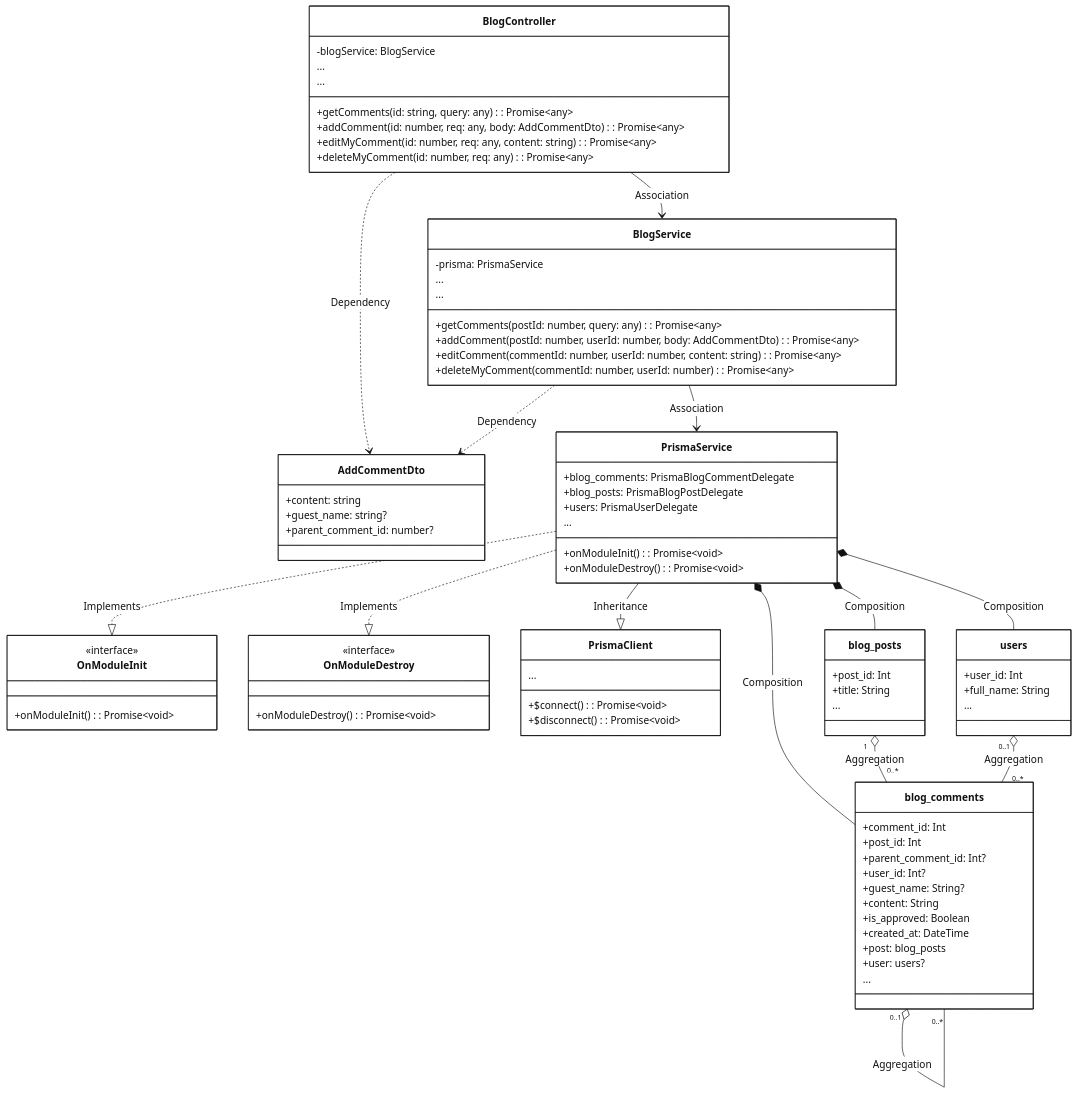
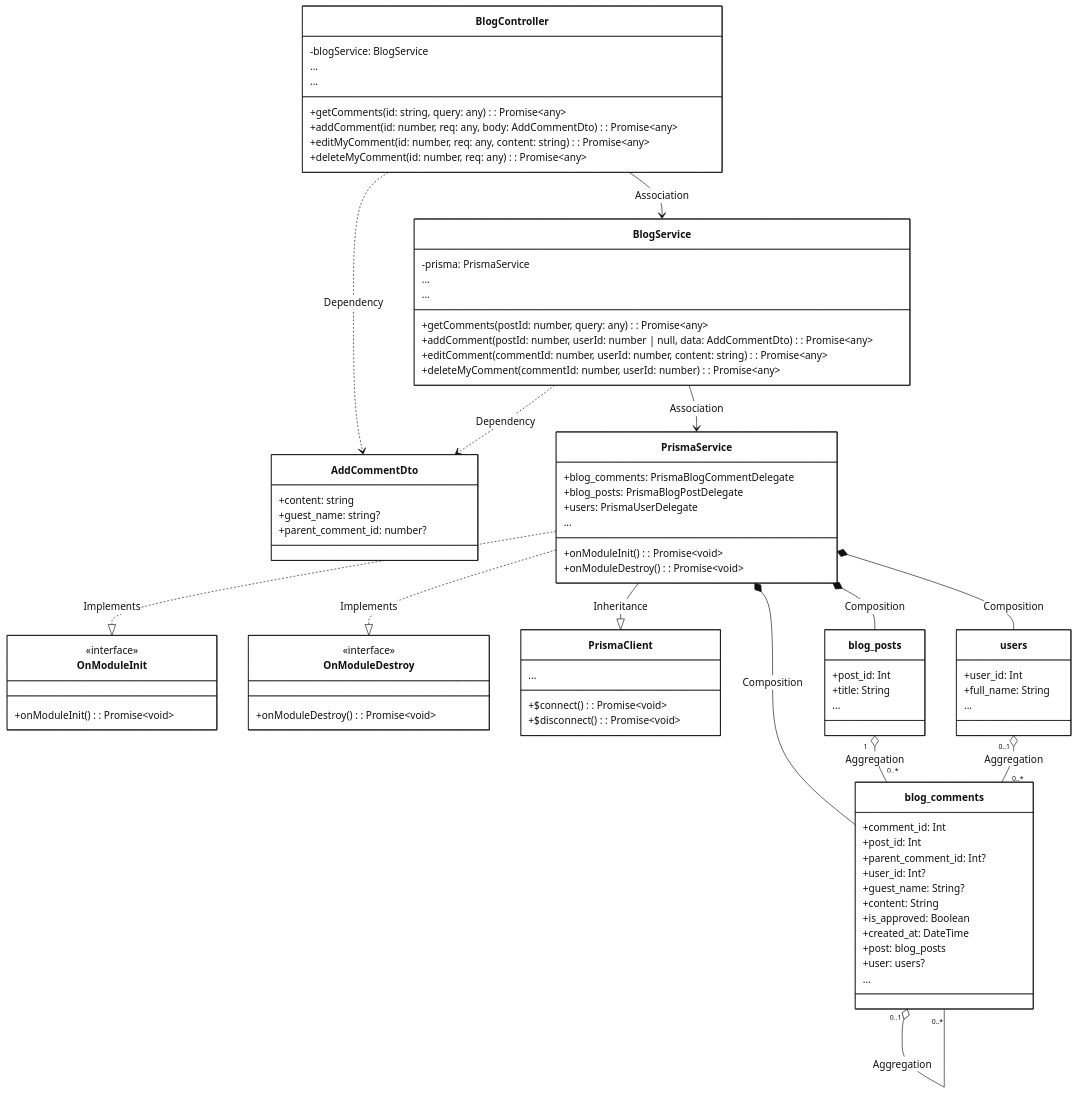
Before and after one commit to CuongBC195/class-diagram-donation-blood: the fourth of 5 diagrams in modules_mermaid/08_blog.md, drawn with Mermaid. The commit also changed other lines of this file and 30 other files, not shown here.

Commit message:
fix(diagrams): achieve 100% capstone alignment with backend source code across all 13 modules

```diff
--- a/modules_mermaid/08_blog.md
+++ b/modules_mermaid/08_blog.md
@@ -438,7 +450,7 @@
   -prisma: PrismaService
   ...
   +getComments(postId: number, query: any): Promise~any~
-  +addComment(postId: number, userId: number, body: AddCommentDto): Promise~any~
+  +addComment(postId: number, userId: number | null, data: AddCommentDto): Promise~any~
   +editComment(commentId: number, userId: number, content: string): Promise~any~
   +deleteMyComment(commentId: number, userId: number): Promise~any~
   ...
```
